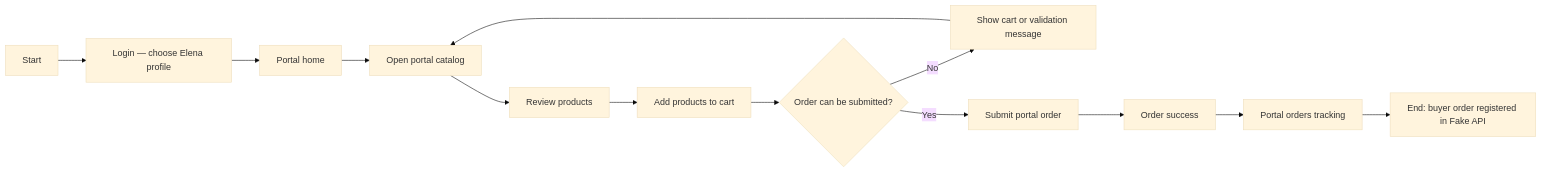
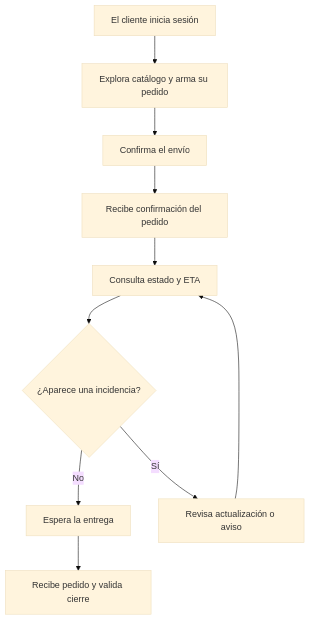
The sixth of 6 diagrams in report/40-chapter-4-product-design/4-4-web-applications-ux-ui-design.md (upc-pre-202610-1asi0730-12242-king/nexa-ecosystem-report), drawn with Mermaid (base theme) before and after one commit. The commit also changed other lines of this file, not shown here.

````diff
--- a/report/40-chapter-4-product-design/4-4-web-applications-ux-ui-design.md
+++ b/report/40-chapter-4-product-design/4-4-web-applications-ux-ui-design.md
@@ -275,15 +360,12 @@
 ```mermaid
-flowchart LR
-    A["Start"] --> B["Login — choose Elena profile"]
-    B --> C["Portal home"]
-    C --> D["Open portal catalog"]
-    D --> E["Review products"]
-    E --> F["Add products to cart"]
-    F --> G{"Order can be submitted?"}
-    G -- "No" --> H["Show cart or validation message"]
-    H --> D
-    G -- "Yes" --> I["Submit portal order"]
-    I --> J["Order success"]
-    J --> K["Portal orders tracking"]
-    K --> L["End: buyer order registered in Fake API"]
+flowchart TD
+    A["El cliente inicia sesión"] --> B["Explora catálogo y arma su pedido"]
+    B --> C["Confirma el envío"]
+    C --> D["Recibe confirmación del pedido"]
+    D --> E["Consulta estado y ETA"]
+    E --> F{"¿Aparece una incidencia?"}
+    F -->|No| G["Espera la entrega"]
+    F -->|Sí| H["Revisa actualización o aviso"]
+    H --> E
+    G --> I["Recibe pedido y valida cierre"]
 ```
````
